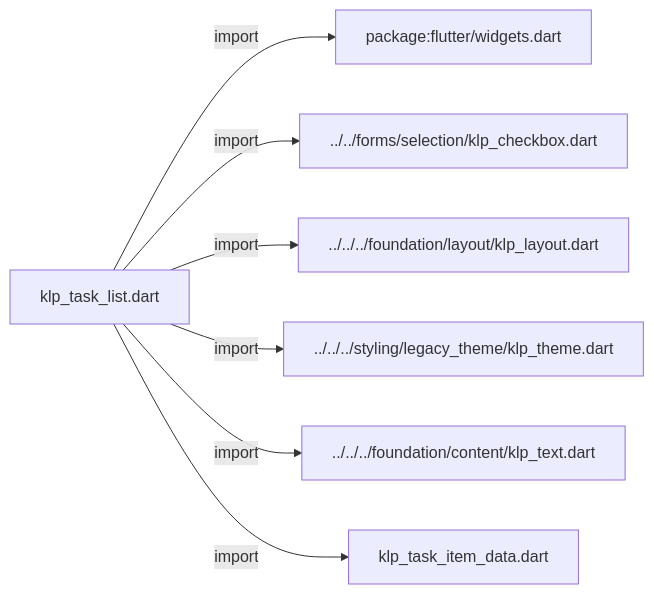
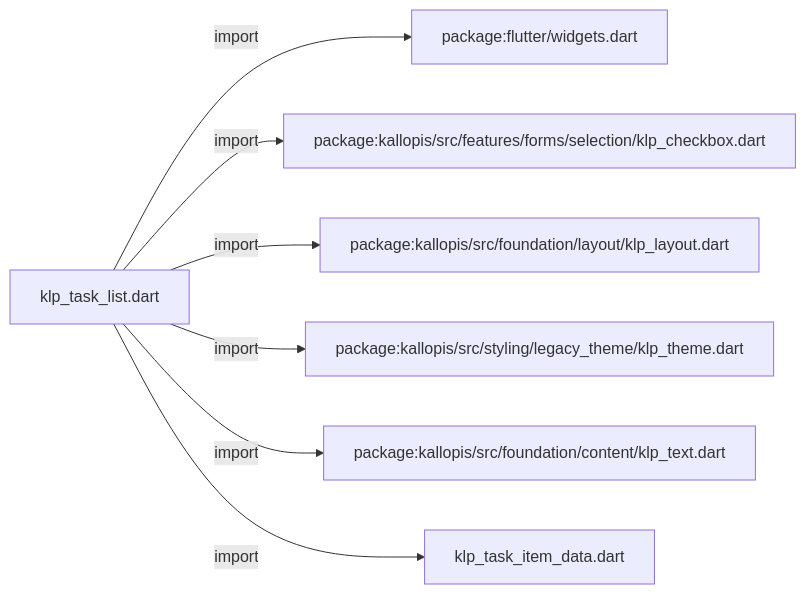
Before and after one commit to MiuDog/Kallopis: the first of 3 diagrams in docs/architecture/src/features/collections/agenda/klp_task_list.md, drawn with Mermaid. The commit also changed other lines of this file and 9688 other files, not shown here.

Commit message:
Prepare isolated Flow F2 peer baseline

````diff
--- a/docs/architecture/src/features/collections/agenda/klp_task_list.md
+++ b/docs/architecture/src/features/collections/agenda/klp_task_list.md
@@ -11,16 +11,16 @@
 ```mermaid
 flowchart LR
 	n0["klp_task_list.dart"]
 	n1["package:flutter/widgets.dart"]
-	n2["../../forms/selection/klp_checkbox.dart"]
-	n3["../../../foundation/layout/klp_layout.dart"]
-	n4["../../../styling/legacy_theme/klp_theme.dart"]
-	n5["../../../foundation/content/klp_text.dart"]
+	n2["package:kallopis/src/features/forms/selection/klp_checkbox.dart"]
+	n3["package:kallopis/src/foundation/layout/klp_layout.dart"]
+	n4["package:kallopis/src/styling/legacy_theme/klp_theme.dart"]
+	n5["package:kallopis/src/foundation/content/klp_text.dart"]
 	n6["klp_task_item_data.dart"]
 	n0 -->|"import"| n1
 	n0 -->|"import"| n2
 	n0 -->|"import"| n3
 	n0 -->|"import"| n4
 	n0 -->|"import"| n5
 	n0 -->|"import"| n6
 ```
````
